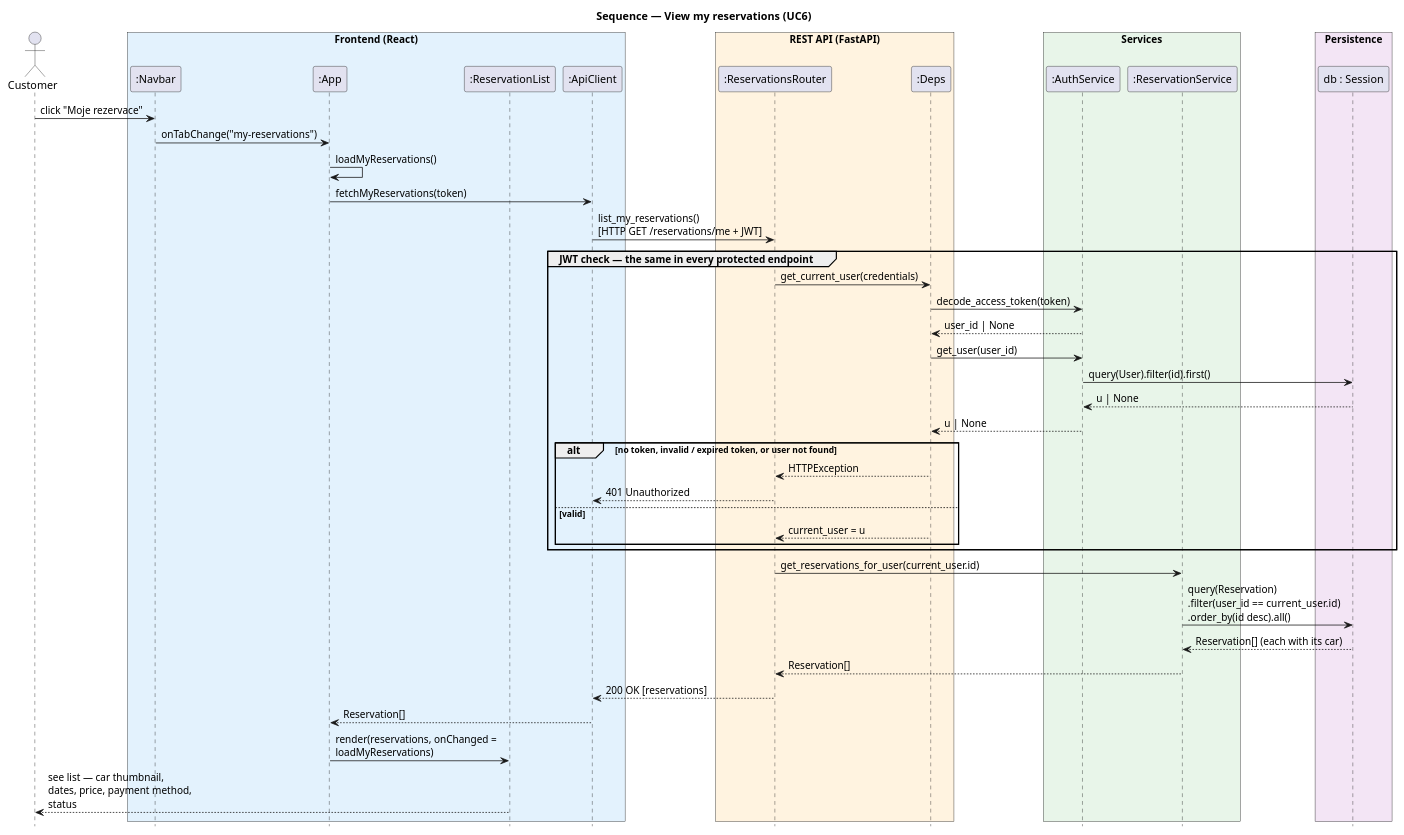
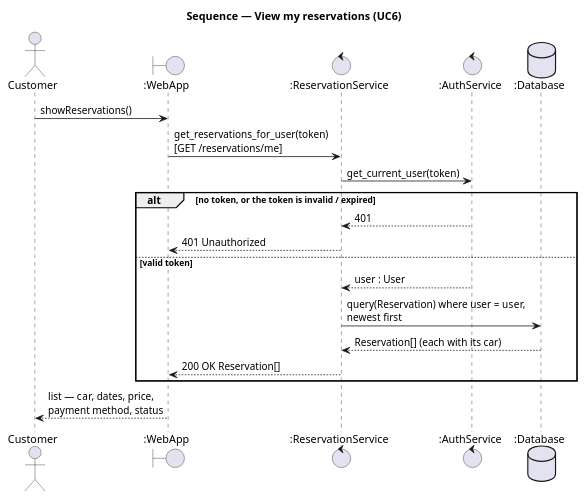
One commit to DavidMagyarics/CarRentalVSB changed the diagram in docs/diagrams/sequence-view-my-reservations.puml. Above: the diagram before and after it, drawn with PlantUML. The commit also changed 13 other files, not shown here.

Commit message:
docs: simplify the class and sequence diagrams to the main boundary, control and entity classes

```diff
--- a/docs/diagrams/sequence-view-my-reservations.puml
+++ b/docs/diagrams/sequence-view-my-reservations.puml
@@ -1,57 +1,27 @@
 @startuml sequence-view-my-reservations
 skinparam backgroundColor white
 skinparam responseMessageBelowArrow true
-skinparam maxMessageSize 220
-hide footbox
+skinparam maxMessageSize 260
 title Sequence — View my reservations (UC6)
+actor Customer
+boundary ":WebApp" as Web
+control ":ReservationService" as Res
+control ":AuthService" as Auth
+database ":Database" as DB
 
-actor Customer
-box "Frontend (React)" #E3F2FD
-  participant ":Navbar" as Navbar
-  participant ":App" as App
-  participant ":ReservationList" as List
-  participant ":ApiClient" as ApiClient
-end box
-box "REST API (FastAPI)" #FFF3E0
-  participant ":ReservationsRouter" as ResRouter
-  participant ":Deps" as Deps
-end box
-box "Services" #E8F5E9
-  participant ":AuthService" as AuthService
-  participant ":ReservationService" as ResService
-end box
-box "Persistence" #F3E5F5
-  participant "db : Session" as DB
-end box
+Customer -> Web : showReservations()
+Web -> Res : get_reservations_for_user(token)\n[GET /reservations/me]
+Res -> Auth : get_current_user(token)
 
-Customer -> Navbar : click "Moje rezervace"
-Navbar -> App : onTabChange("my-reservations")
-App -> App : loadMyReservations()
-App -> ApiClient : fetchMyReservations(token)
-ApiClient -> ResRouter : list_my_reservations()\n[HTTP GET /reservations/me + JWT]
-
-group JWT check — the same in every protected endpoint
-  ResRouter -> Deps : get_current_user(credentials)
-  Deps -> AuthService : decode_access_token(token)
-  AuthService --> Deps : user_id | None
-  Deps -> AuthService : get_user(user_id)
-  AuthService -> DB : query(User).filter(id).first()
-  DB --> AuthService : u | None
-  AuthService --> Deps : u | None
-  alt no token, invalid / expired token, or user not found
-    Deps --> ResRouter : HTTPException
-    ResRouter --> ApiClient : 401 Unauthorized
-  else valid
-    Deps --> ResRouter : current_user = u
-  end
+alt no token, or the token is invalid / expired
+  Auth --> Res : 401
+  Res --> Web : 401 Unauthorized
+else valid token
+  Auth --> Res : user : User
+  Res -> DB : query(Reservation) where user = user,\nnewest first
+  DB --> Res : Reservation[] (each with its car)
+  Res --> Web : 200 OK Reservation[]
 end
 
-ResRouter -> ResService : get_reservations_for_user(current_user.id)
-ResService -> DB : query(Reservation)\n.filter(user_id == current_user.id)\n.order_by(id desc).all()
-DB --> ResService : Reservation[] (each with its car)
-ResService --> ResRouter : Reservation[]
-ResRouter --> ApiClient : 200 OK [reservations]
-ApiClient --> App : Reservation[]
-App -> List : render(reservations, onChanged = loadMyReservations)
-List --> Customer : see list — car thumbnail,\ndates, price, payment method, status
+Web --> Customer : list — car, dates, price,\npayment method, status
 @enduml
```
